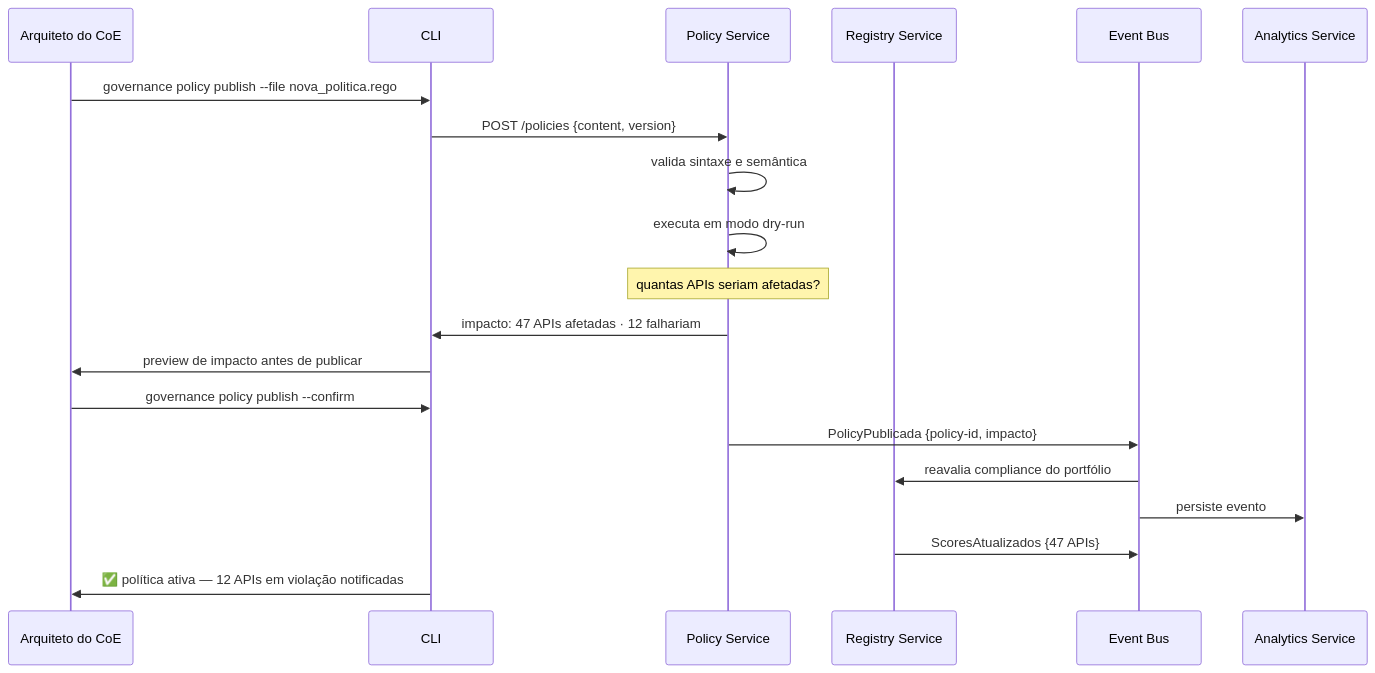
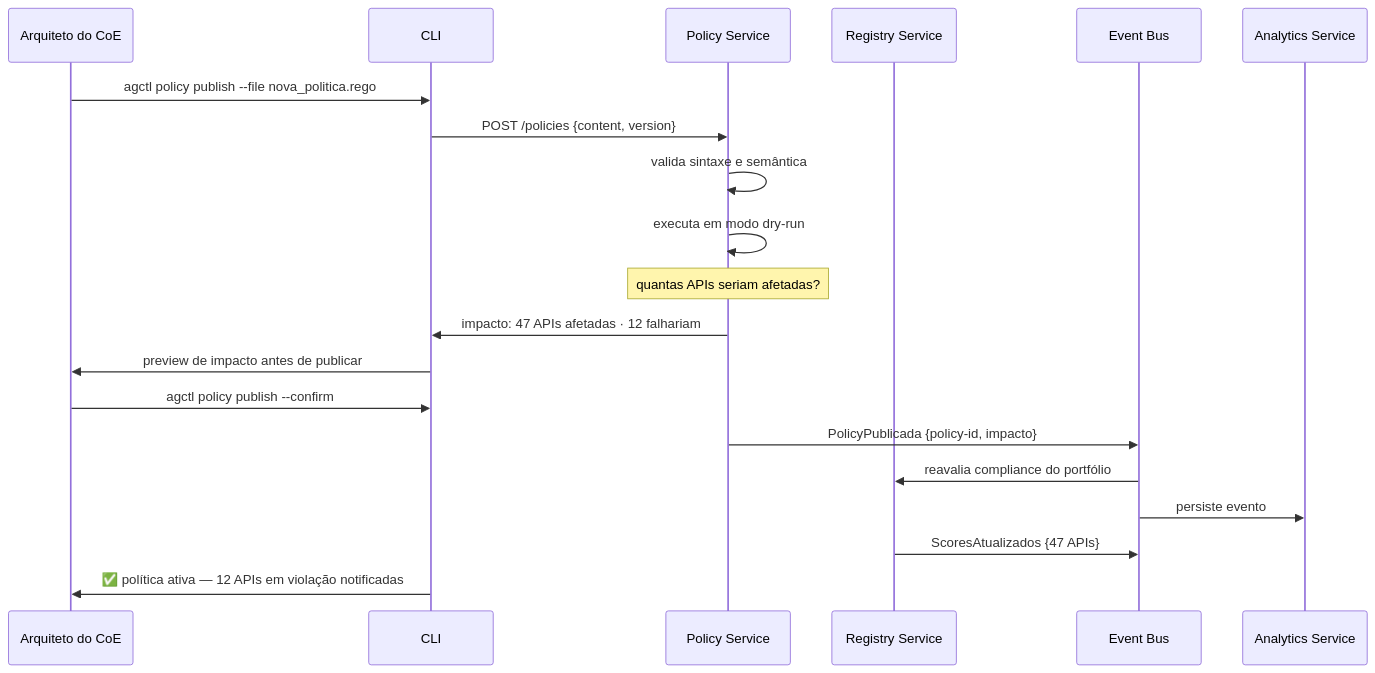
One commit to fgmira/estudo-api-management changed diagram 15 of 18 in docs/modulo-7-plataforma_infraestrutura/cap_7_2_arquitetura_referencia.md. Above: the diagram before and after it, drawn with Mermaid. The commit also changed other lines of this file and 4 other files, not shown here.

````diff
--- a/docs/modulo-7-plataforma_infraestrutura/cap_7_2_arquitetura_referencia.md
+++ b/docs/modulo-7-plataforma_infraestrutura/cap_7_2_arquitetura_referencia.md
@@ -804,25 +819,25 @@
 ```mermaid
 sequenceDiagram
     participant CoE as Arquiteto do CoE
     participant CLI as CLI
     participant Policy as Policy Service
     participant Registry as Registry Service
     participant Bus as Event Bus
     participant Analytics as Analytics Service
 
-    CoE->>CLI: governance policy publish --file nova_politica.rego
+    CoE->>CLI: agctl policy publish --file nova_politica.rego
     CLI->>Policy: POST /policies {content, version}
     Policy->>Policy: valida sintaxe e semântica
     Policy->>Policy: executa em modo dry-run
     Note over Policy: quantas APIs seriam afetadas?
 
     Policy->>CLI: impacto: 47 APIs afetadas · 12 falhariam
     CLI->>CoE: preview de impacto antes de publicar
 
-    CoE->>CLI: governance policy publish --confirm
+    CoE->>CLI: agctl policy publish --confirm
     Policy->>Bus: PolicyPublicada {policy-id, impacto}
     Bus->>Registry: reavalia compliance do portfólio
     Bus->>Analytics: persiste evento
     Registry->>Bus: ScoresAtualizados {47 APIs}
     CLI->>CoE: ✅ política ativa — 12 APIs em violação notificadas
 ```
````
